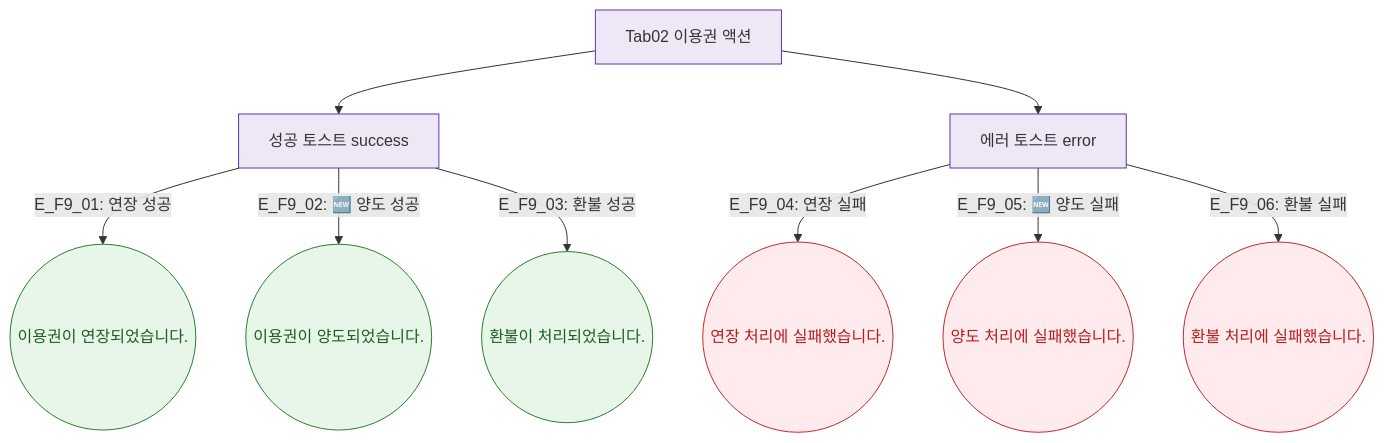
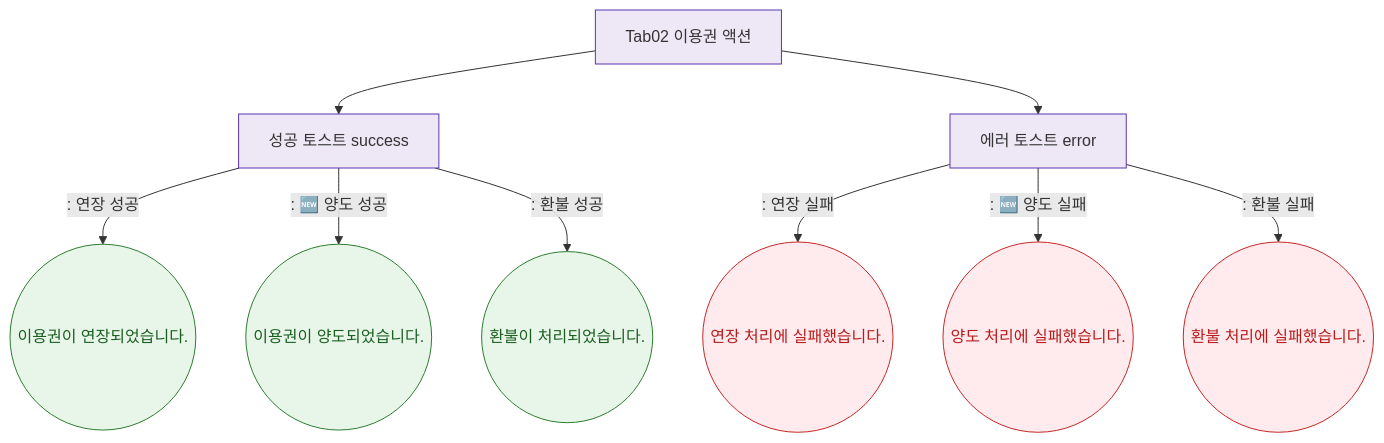
One commit to dev-spogym/admin-pando changed the diagram in docs/다이어그램/D02_회원관리/SCR-M004_회원상세/Tab02_이용권/F9_토스트.md. Above: the diagram before and after it, drawn with Mermaid. The commit also changed other lines of this file and 1660 other files, not shown here.

First line of the commit message:
다이어그램: 기획자/클라이언트 납품본으로 정리

````diff
--- a/docs/다이어그램/D02_회원관리/SCR-M004_회원상세/Tab02_이용권/F9_토스트.md
+++ b/docs/다이어그램/D02_회원관리/SCR-M004_회원상세/Tab02_이용권/F9_토스트.md
@@ -22,20 +20,20 @@
 ```mermaid
 flowchart TD
   ACTIONS[Tab02 이용권 액션] --> T_OK[성공 토스트 success]
   ACTIONS --> T_ERR[에러 토스트 error]
 
-  T_OK -->|"E_F9_01: 연장 성공"| TS1((이용권이 연장되었습니다.))
-  T_OK -->|"E_F9_02: 🆕 양도 성공"| TS2((이용권이 양도되었습니다.))
-  T_OK -->|"E_F9_03: 환불 성공"| TS3((환불이 처리되었습니다.))
+  T_OK -->|": 연장 성공"|TS1((이용권이 연장되었습니다.))
+  T_OK -->|": 🆕 양도 성공"|TS2((이용권이 양도되었습니다.))
+  T_OK -->|": 환불 성공"|TS3((환불이 처리되었습니다.))
 
-  T_ERR -->|"E_F9_04: 연장 실패"| TE1((연장 처리에 실패했습니다.))
-  T_ERR -->|"E_F9_05: 🆕 양도 실패"| TE2((양도 처리에 실패했습니다.))
-  T_ERR -->|"E_F9_06: 환불 실패"| TE3((환불 처리에 실패했습니다.))
+  T_ERR -->|": 연장 실패"|TE1((연장 처리에 실패했습니다.))
+  T_ERR -->|": 🆕 양도 실패"|TE2((양도 처리에 실패했습니다.))
+  T_ERR -->|": 환불 실패"|TE3((환불 처리에 실패했습니다.))
 
   classDef success fill:#E8F5E9,stroke:#2E7D32,color:#1B5E20
   classDef error fill:#FFEBEE,stroke:#C62828,color:#B71C1C
   classDef system fill:#EDE7F6,stroke:#5E35B2
   class TS1,TS2,TS3 success
   class TE1,TE2,TE3 error
   class ACTIONS,T_OK,T_ERR system
 ```
````
